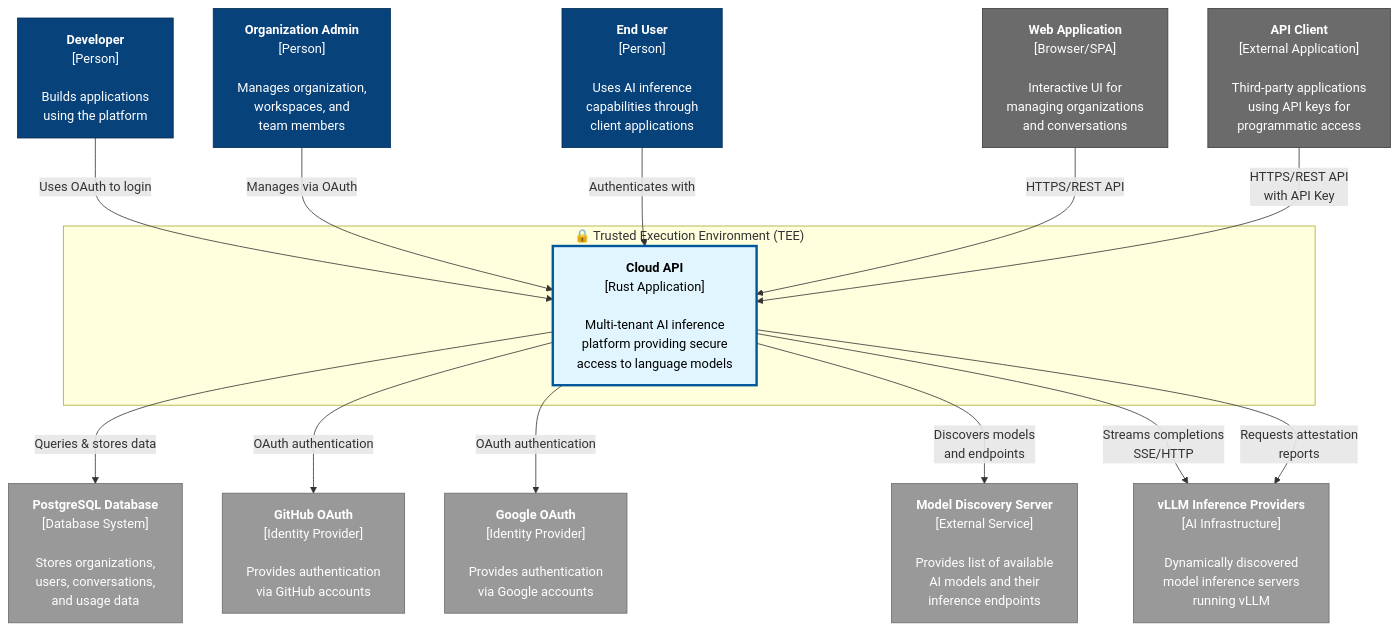
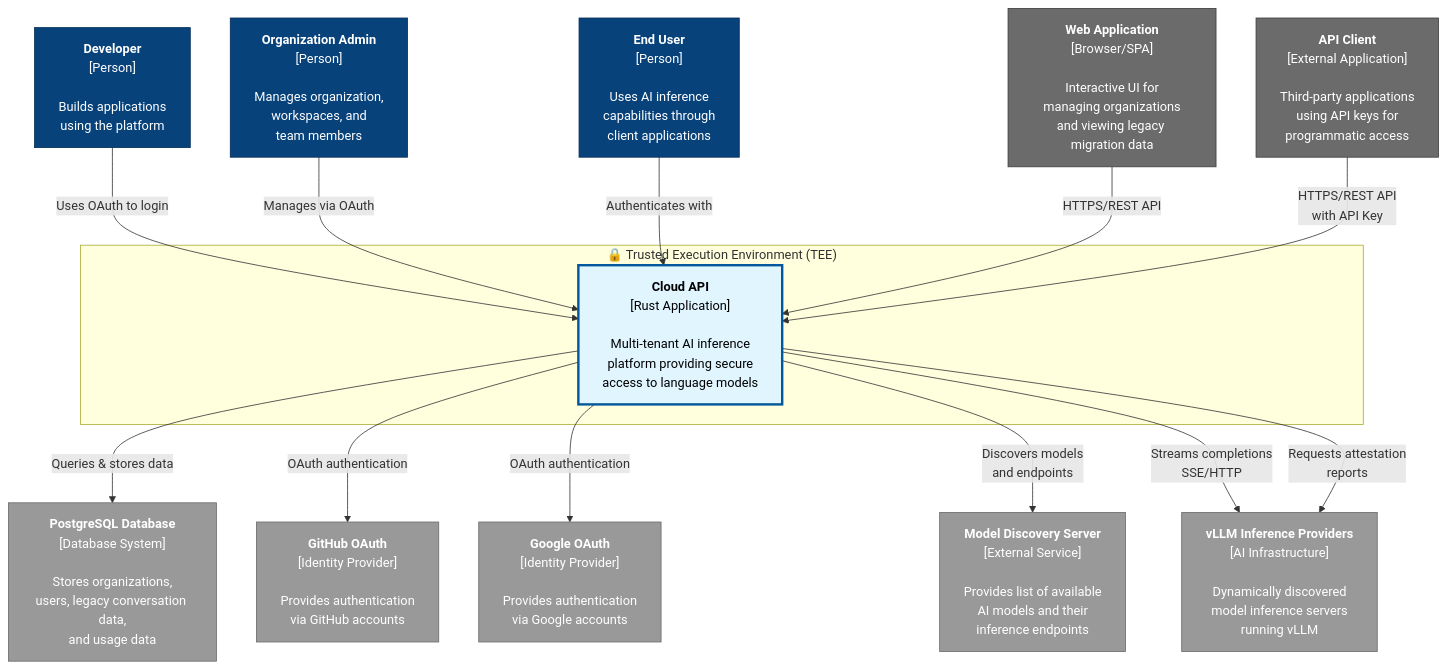
The first of 16 diagrams in docs/architecture/c4-diagrams.md (nearai/cloud-api), drawn with Mermaid before and after one commit. The commit also changed other lines of this file and 19 other files, not shown here.

Commit message:
feat(api): retire File and Conversation writes for migration (#1323)

````diff
--- a/docs/architecture/c4-diagrams.md
+++ b/docs/architecture/c4-diagrams.md
@@ -56,55 +56,55 @@
 ```mermaid
 graph TB
     subgraph TEE["🔒 Trusted Execution Environment (TEE)"]
         PlatformAPI["<b>Cloud API</b><br/>[Rust Application]<br/><br/>Multi-tenant AI inference<br/>platform providing secure<br/>access to language models"]
     end
     
     %% External Actors
-    WebApp["<b>Web Application</b><br/>[Browser/SPA]<br/><br/>Interactive UI for<br/>managing organizations<br/>and conversations"]
+    WebApp["<b>Web Application</b><br/>[Browser/SPA]<br/><br/>Interactive UI for<br/>managing organizations<br/>and viewing legacy migration data"]
     
     APIClient["<b>API Client</b><br/>[External Application]<br/><br/>Third-party applications<br/>using API keys for<br/>programmatic access"]
     
     Developer["<b>Developer</b><br/>[Person]<br/><br/>Builds applications<br/>using the platform"]
     
     OrgAdmin["<b>Organization Admin</b><br/>[Person]<br/><br/>Manages organization,<br/>workspaces, and<br/>team members"]
     
     EndUser["<b>End User</b><br/>[Person]<br/><br/>Uses AI inference<br/>capabilities through<br/>client applications"]
     
     %% External Systems
-    PostgreSQL["<b>PostgreSQL Database</b><br/>[Database System]<br/><br/>Stores organizations,<br/>users, conversations,<br/>and usage data"]
+    PostgreSQL["<b>PostgreSQL Database</b><br/>[Database System]<br/><br/>Stores organizations,<br/>users, legacy conversation data,<br/>and usage data"]
     
     GitHubOAuth["<b>GitHub OAuth</b><br/>[Identity Provider]<br/><br/>Provides authentication<br/>via GitHub accounts"]
     
     GoogleOAuth["<b>Google OAuth</b><br/>[Identity Provider]<br/><br/>Provides authentication<br/>via Google accounts"]
     
     ModelDiscovery["<b>Model Discovery Server</b><br/>[External Service]<br/><br/>Provides list of available<br/>AI models and their<br/>inference endpoints"]
     
     InferenceProviders["<b>vLLM Inference Providers</b><br/>[AI Infrastructure]<br/><br/>Dynamically discovered<br/>model inference servers<br/>running vLLM"]
     
     %% User Interactions
     Developer -->|Uses OAuth to login| PlatformAPI
     OrgAdmin -->|Manages via OAuth| PlatformAPI
     EndUser -->|Authenticates with| PlatformAPI
     
     WebApp -->|HTTPS/REST API| PlatformAPI
     APIClient -->|HTTPS/REST API<br/>with API Key| PlatformAPI
     
     %% System Interactions
     PlatformAPI -->|Queries & stores data| PostgreSQL
     PlatformAPI -->|OAuth authentication| GitHubOAuth
     PlatformAPI -->|OAuth authentication| GoogleOAuth
     PlatformAPI -->|Discovers models<br/>and endpoints| ModelDiscovery
     PlatformAPI -->|Streams completions<br/>SSE/HTTP| InferenceProviders
     PlatformAPI -->|Requests attestation<br/>reports| InferenceProviders
     
     %% Styling
     classDef teeSystem fill:#e1f5ff,stroke:#01579b,stroke-width:3px,color:#000
     classDef externalPerson fill:#08427b,stroke:#052e56,color:#fff
     classDef externalSystem fill:#999999,stroke:#6b6b6b,color:#fff
     classDef externalApp fill:#6b6b6b,stroke:#3d3d3d,color:#fff
     
     class PlatformAPI teeSystem
     class Developer,OrgAdmin,EndUser externalPerson
     class PostgreSQL,GitHubOAuth,GoogleOAuth,ModelDiscovery,InferenceProviders externalSystem
     class WebApp,APIClient externalApp
 ```
````
